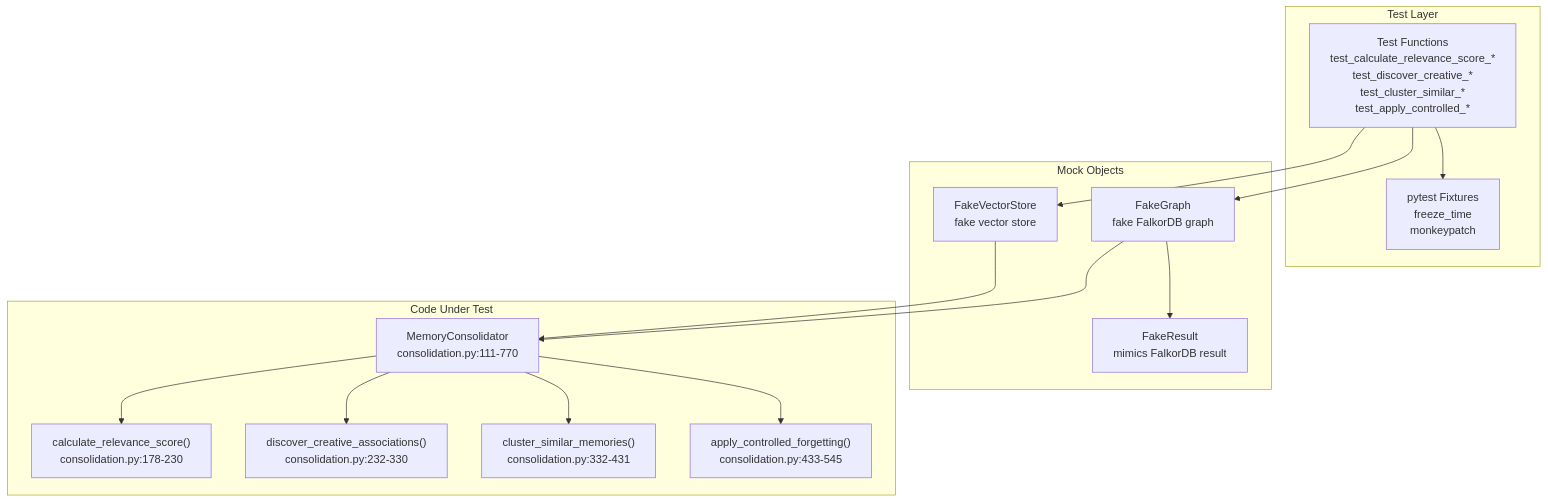
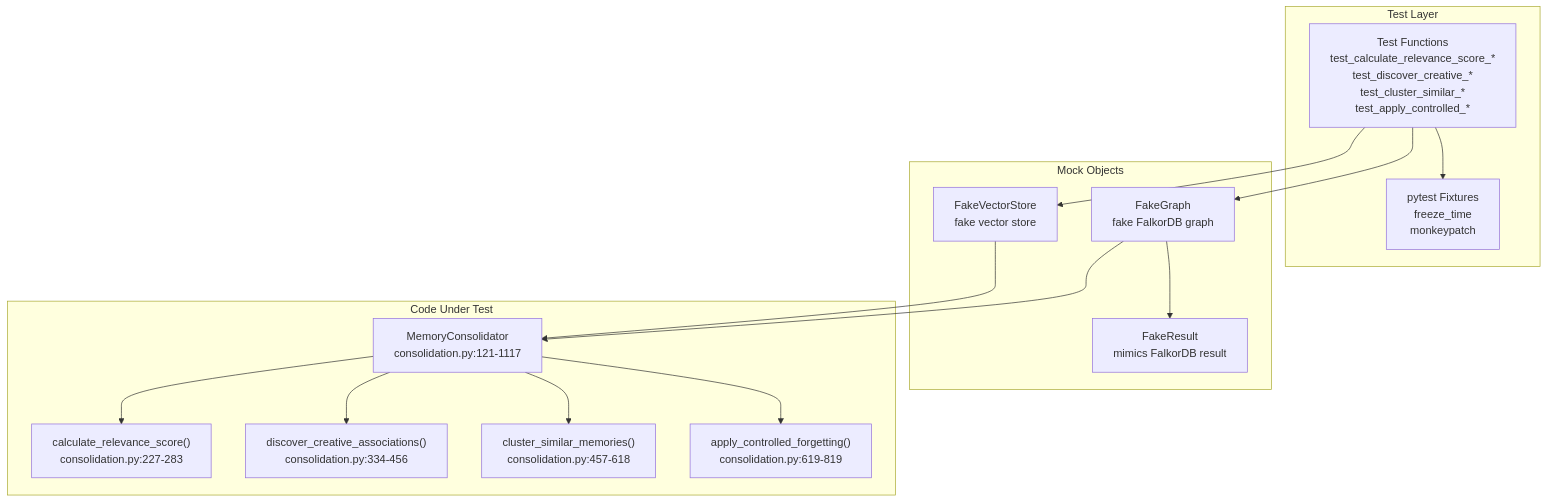
The first of 2 diagrams in src/content/docs/docs/development/testing.md (verygoodplugins/automem-website), drawn with Mermaid before and after one commit. The commit also changed other lines of this file, not shown here.

Commit message:
docs: fix drift in Testing
Source-note permalinks and mermaid line anchors in development/testing.md
were pinned to an ancient automem SHA (1b812cf, several refactors behind)
with stale line numbers for MemoryConsolidator's task functions and the
FakeGraph/FakeVectorStore/FakeResult test mocks.

Verified against: automem@3ae04bf6f4545f38744e4c3f280b763db881a6fb

🤖 Generated by the AutoMem docs-accuracy audit routine.

````diff
--- a/src/content/docs/docs/development/testing.md
+++ b/src/content/docs/docs/development/testing.md
@@ -89,35 +89,35 @@
 ```mermaid
 graph TB
     subgraph "Test Layer"
         TestFunctions["Test Functions\ntest_calculate_relevance_score_*\ntest_discover_creative_*\ntest_cluster_similar_*\ntest_apply_controlled_*"]
         Fixtures["pytest Fixtures\nfreeze_time\nmonkeypatch"]
     end
 
     subgraph "Mock Objects"
         FakeGraph["FakeGraph\nfake FalkorDB graph"]
         FakeVectorStore["FakeVectorStore\nfake vector store"]
         FakeResult["FakeResult\nmimics FalkorDB result"]
     end
 
     subgraph "Code Under Test"
-        MemoryConsolidator["MemoryConsolidator\nconsolidation.py:111-770"]
-        calculate_relevance["calculate_relevance_score()\nconsolidation.py:178-230"]
-        discover_creative["discover_creative_associations()\nconsolidation.py:232-330"]
-        cluster_similar["cluster_similar_memories()\nconsolidation.py:332-431"]
-        apply_forgetting["apply_controlled_forgetting()\nconsolidation.py:433-545"]
+        MemoryConsolidator["MemoryConsolidator\nconsolidation.py:121-1117"]
+        calculate_relevance["calculate_relevance_score()\nconsolidation.py:227-283"]
+        discover_creative["discover_creative_associations()\nconsolidation.py:334-456"]
+        cluster_similar["cluster_similar_memories()\nconsolidation.py:457-618"]
+        apply_forgetting["apply_controlled_forgetting()\nconsolidation.py:619-819"]
     end
 
     TestFunctions --> Fixtures
     TestFunctions --> FakeGraph
     TestFunctions --> FakeVectorStore
 
     FakeGraph --> MemoryConsolidator
     FakeVectorStore --> MemoryConsolidator
 
     MemoryConsolidator --> calculate_relevance
     MemoryConsolidator --> discover_creative
     MemoryConsolidator --> cluster_similar
     MemoryConsolidator --> apply_forgetting
 
     FakeGraph --> FakeResult
 ```
````
